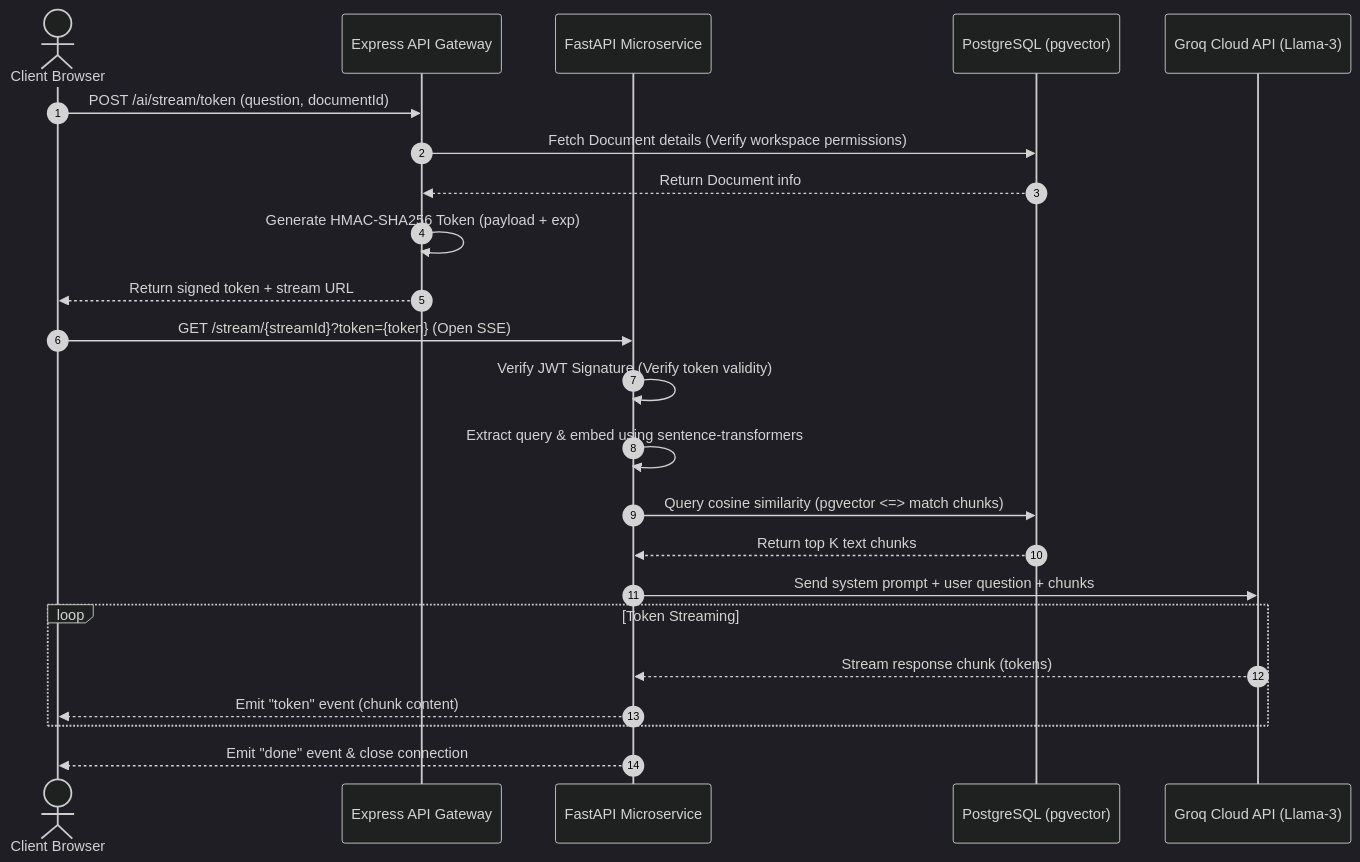
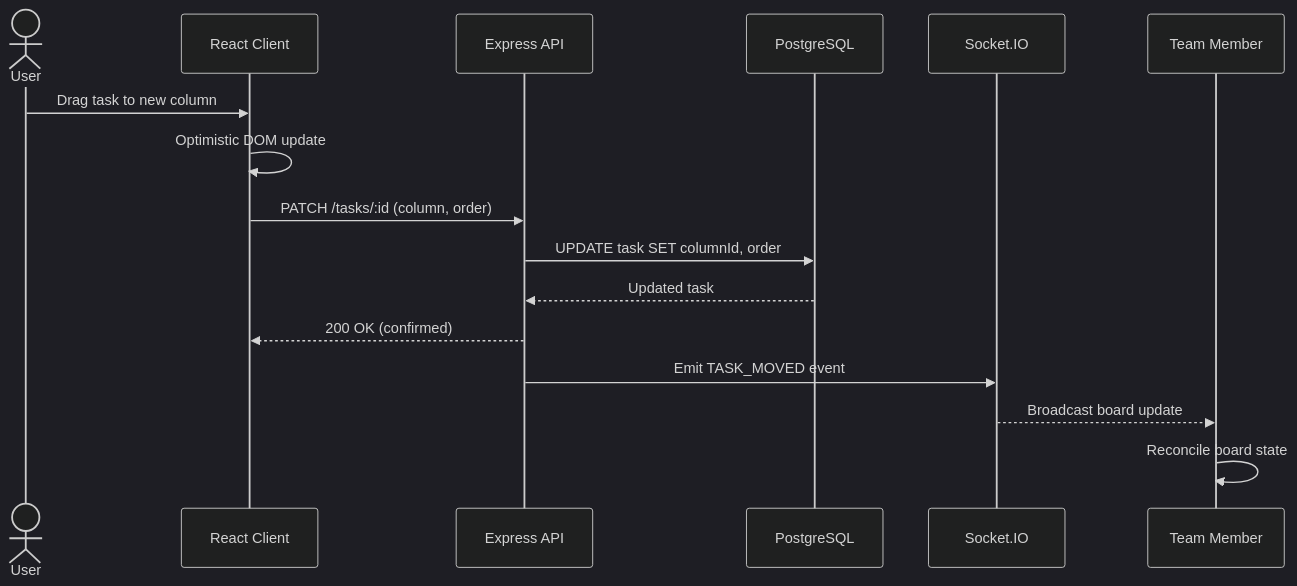
Before and after one commit to mazen568/teamhub: the fourth of 7 diagrams in README.md, drawn with Mermaid (dark theme). The commit also changed other lines of this file and 39 other files, not shown here.

First line of the commit message:
docs: rebuild README as visual portfolio with architecture diagrams, animated preview, and curated gallery

````diff
--- a/README.md
+++ b/README.md
@@ -242,26 +193,19 @@
 ```mermaid
 sequenceDiagram
-    autonumber
-    actor Client as Client Browser
-    participant API as Express API Gateway
-    participant AI as FastAPI Microservice
-    participant DB as PostgreSQL (pgvector)
-    participant LLM as Groq Cloud API (Llama-3)
+    actor User as User
+    participant UI as React Client
+    participant API as Express API
+    participant DB as PostgreSQL
+    participant WS as Socket.IO
+    participant Peer as Team Member
 
-    Client->>API: POST /ai/stream/token (question, documentId)
-    API->>DB: Fetch Document details (Verify workspace permissions)
-    DB-->>API: Return Document info
-    API->>API: Generate HMAC-SHA256 Token (payload + exp)
-    API-->>Client: Return signed token + stream URL
-    Client->>AI: GET /stream/{streamId}?token={token} (Open SSE)
-    AI->>AI: Verify JWT Signature (Verify token validity)
-    AI->>AI: Extract query & embed using sentence-transformers
-    AI->>DB: Query cosine similarity (pgvector <=> match chunks)
-    DB-->>AI: Return top K text chunks
-    AI->>LLM: Send system prompt + user question + chunks
-    loop Token Streaming
-        LLM-->>AI: Stream response chunk (tokens)
-        AI-->>Client: Emit "token" event (chunk content)
-    end
-    AI-->>Client: Emit "done" event & close connection
+    User->>UI: Drag task to new column
+    UI->>UI: Optimistic DOM update
+    UI->>API: PATCH /tasks/:id (column, order)
+    API->>DB: UPDATE task SET columnId, order
+    DB-->>API: Updated task
+    API-->>UI: 200 OK (confirmed)
+    API->>WS: Emit TASK_MOVED event
+    WS-->>Peer: Broadcast board update
+    Peer->>Peer: Reconcile board state
 ```
````
